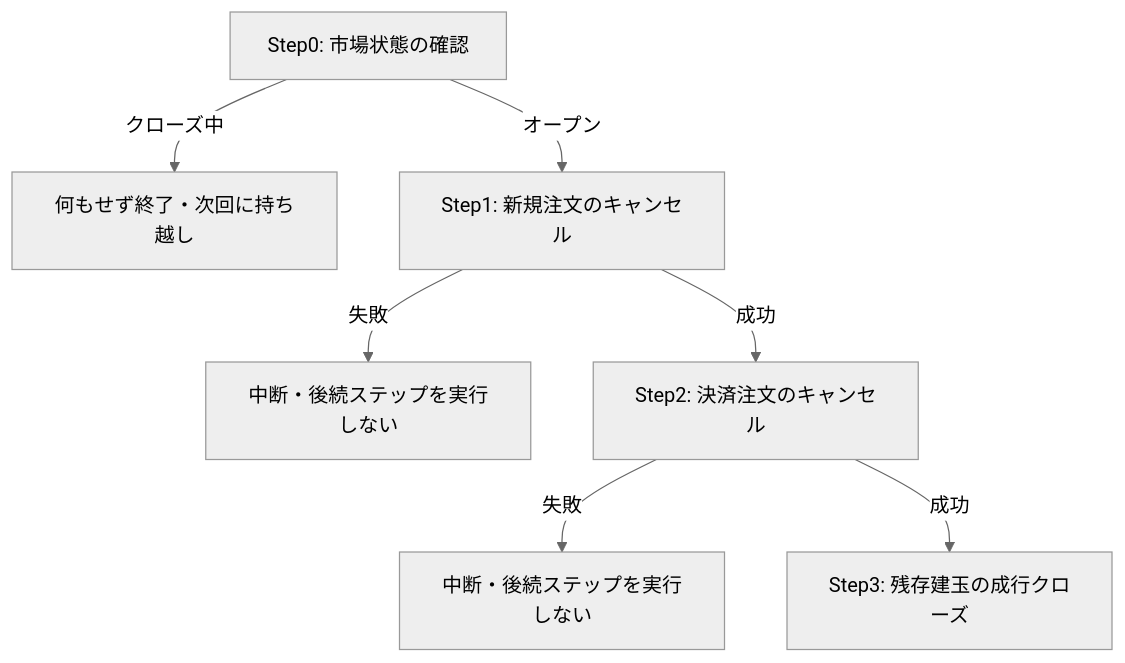
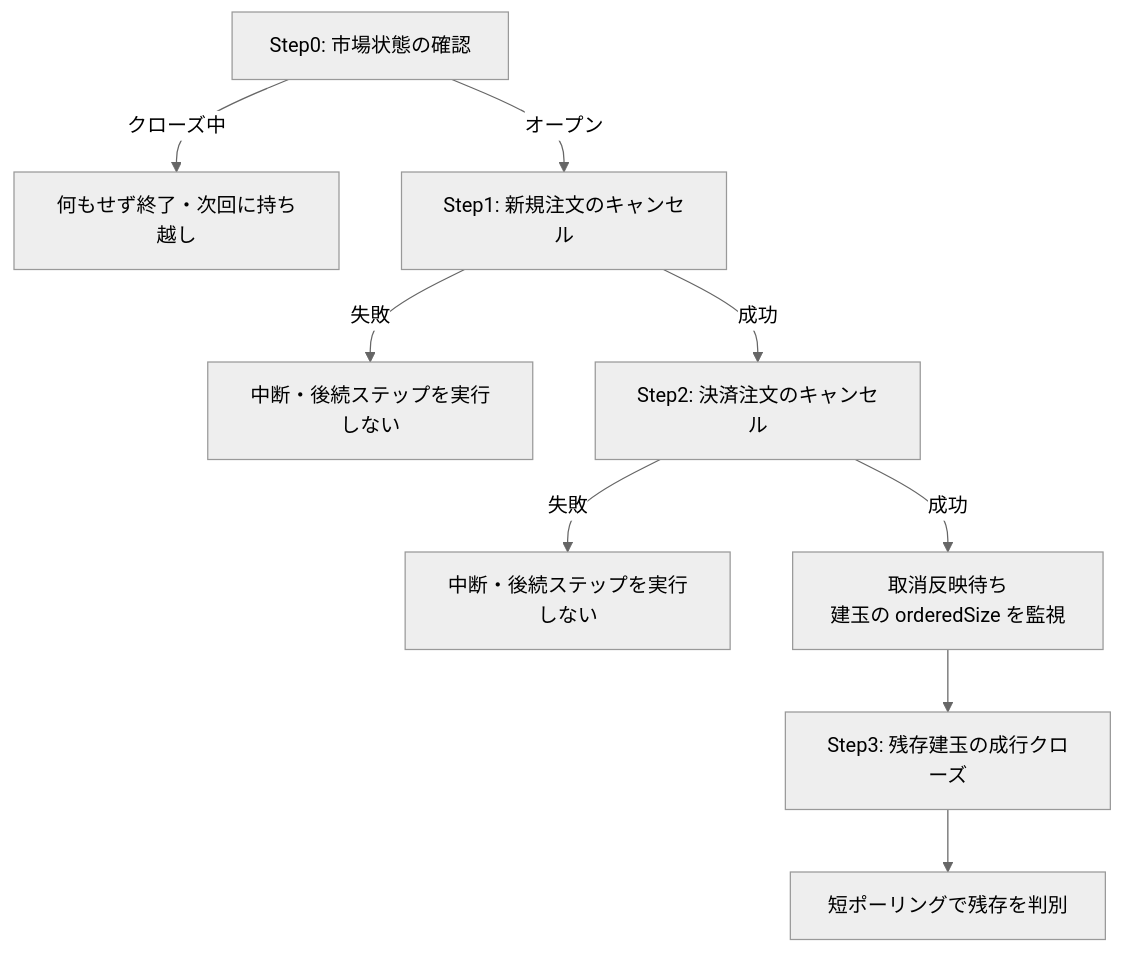
One commit to ozapon-IT/my-zenn changed the second of 2 diagrams in articles/gmo-fx-kill-switch-idempotency.md. Above: the diagram before and after it, drawn with Mermaid (neutral theme). The commit also changed other lines of this file and 4 other files, not shown here.

````diff
--- a/articles/gmo-fx-kill-switch-idempotency.md
+++ b/articles/gmo-fx-kill-switch-idempotency.md
@@ -40,9 +40,11 @@
 ```mermaid
 flowchart TD
     S0[Step0: 市場状態の確認] -->|クローズ中| R0[何もせず終了・次回に持ち越し]
     S0 -->|オープン| S1[Step1: 新規注文のキャンセル]
     S1 -->|失敗| F1[中断・後続ステップを実行しない]
     S1 -->|成功| S2[Step2: 決済注文のキャンセル]
     S2 -->|失敗| F2[中断・後続ステップを実行しない]
-    S2 -->|成功| S3[Step3: 残存建玉の成行クローズ]
+    S2 -->|成功| W[取消反映待ち<br/>建玉の orderedSize を監視]
+    W --> S3[Step3: 残存建玉の成行クローズ]
+    S3 --> V[短ポーリングで残存を判別]
 ```
````
